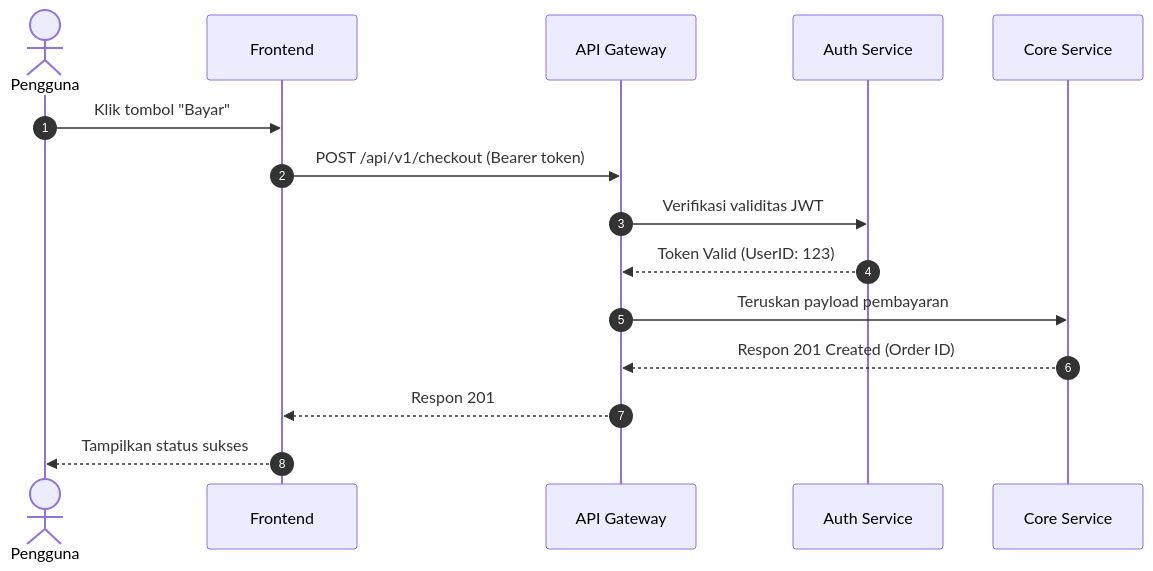
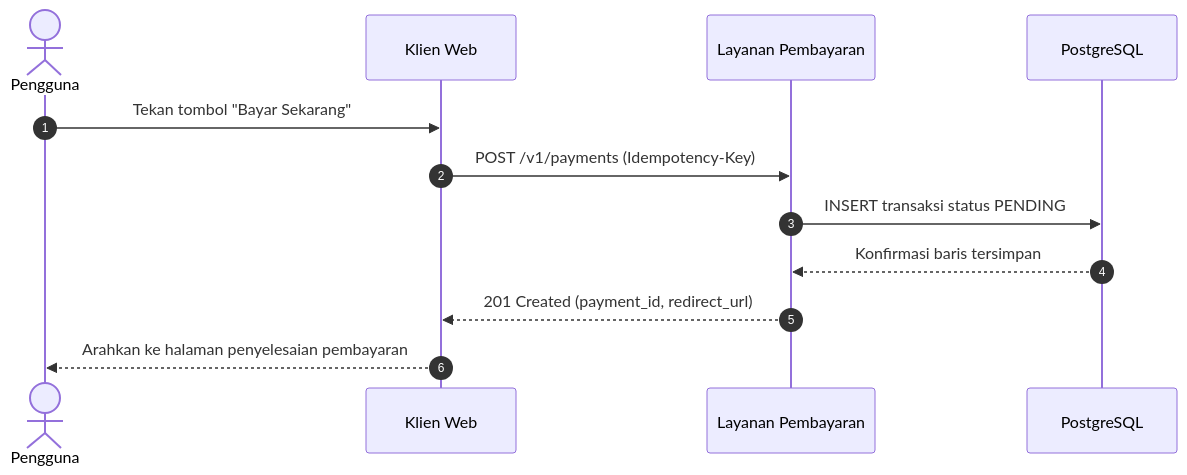
Before and after one commit to giriedu/maxilun: the third of 5 diagrams in skills/maxilun-diagrams/SKILL.md, drawn with Mermaid. The commit also changed other lines of this file and 41 other files, not shown here.

Commit message:
feat(ecosystem): decision architecture overhaul, anti-monoculture & tooling parity

````diff
--- a/skills/maxilun-diagrams/SKILL.md
+++ b/skills/maxilun-diagrams/SKILL.md
@@ -107,18 +101,15 @@
 ```mermaid
 sequenceDiagram
     autonumber
     actor Pengguna
-    participant Klien as Frontend
-    participant GW as API Gateway
-    participant Auth as Auth Service
-    participant API as Core Service
+    participant Web as Klien Web
+    participant API as Layanan Pembayaran
+    participant DB as PostgreSQL
 
-    Pengguna->>Klien: Klik tombol "Bayar"
-    Klien->>GW: POST /api/v1/checkout (Bearer token)
-    GW->>Auth: Verifikasi validitas JWT
-    Auth-->>GW: Token Valid (UserID: 123)
-    GW->>API: Teruskan payload pembayaran
-    API-->>GW: Respon 201 Created (Order ID)
-    GW-->>Klien: Respon 201
-    Klien-->>Pengguna: Tampilkan status sukses
+    Pengguna->>Web: Tekan tombol "Bayar Sekarang"
+    Web->>API: POST /v1/payments (Idempotency-Key)
+    API->>DB: INSERT transaksi status PENDING
+    DB-->>API: Konfirmasi baris tersimpan
+    API-->>Web: 201 Created (payment_id, redirect_url)
+    Web-->>Pengguna: Arahkan ke halaman penyelesaian pembayaran
 ```
````
